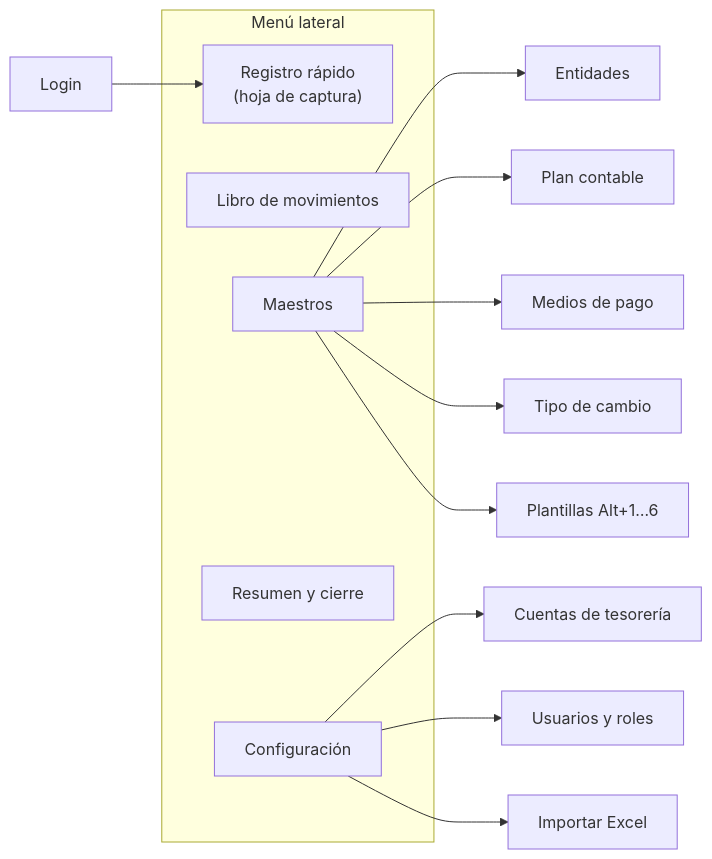
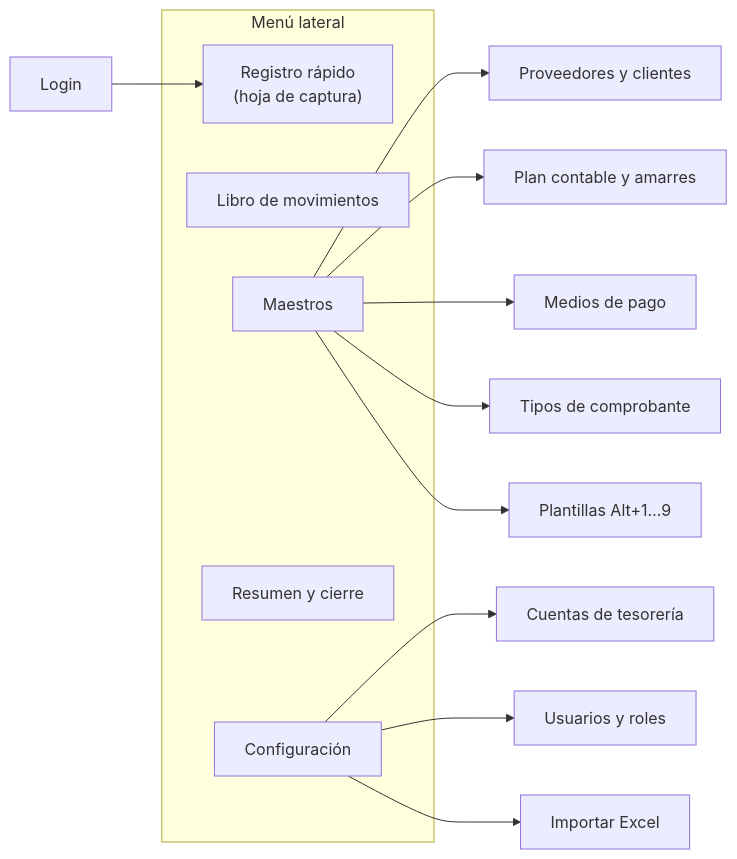
One commit to Jose27luis/conciliacion-bancaria changed diagram 13 of 17 in README.md. Above: the diagram before and after it, drawn with Mermaid. The commit also changed other lines of this file, not shown here.

Commit message:
docs: documentar la fase 4 de maestros, amarres y plantillas

````diff
--- a/README.md
+++ b/README.md
@@ -579,19 +583,19 @@
 ```mermaid
 flowchart LR
     L[Login] --> R
     subgraph App["Menú lateral"]
         R["Registro rápido<br/>(hoja de captura)"]
         LB[Libro de movimientos]
         MA[Maestros]
         RS[Resumen y cierre]
         CF[Configuración]
     end
-    MA --> MA1[Entidades]
-    MA --> MA2[Plan contable]
+    MA --> MA1[Proveedores y clientes]
+    MA --> MA2[Plan contable y amarres]
     MA --> MA3[Medios de pago]
-    MA --> MA4[Tipo de cambio]
-    MA --> MA5[Plantillas Alt+1…6]
+    MA --> MA4[Tipos de comprobante]
+    MA --> MA5[Plantillas Alt+1…9]
     CF --> CF1[Cuentas de tesorería]
     CF --> CF2[Usuarios y roles]
     CF --> CF3[Importar Excel]
 ```
````
